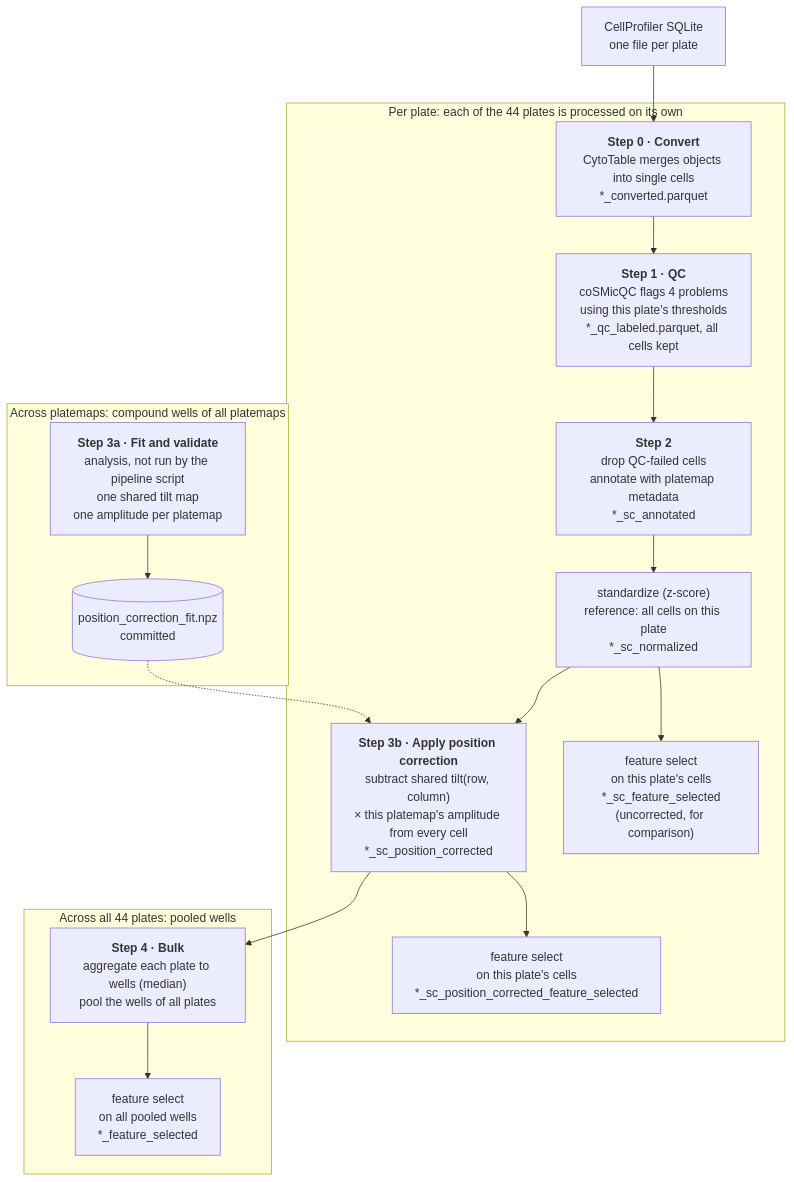
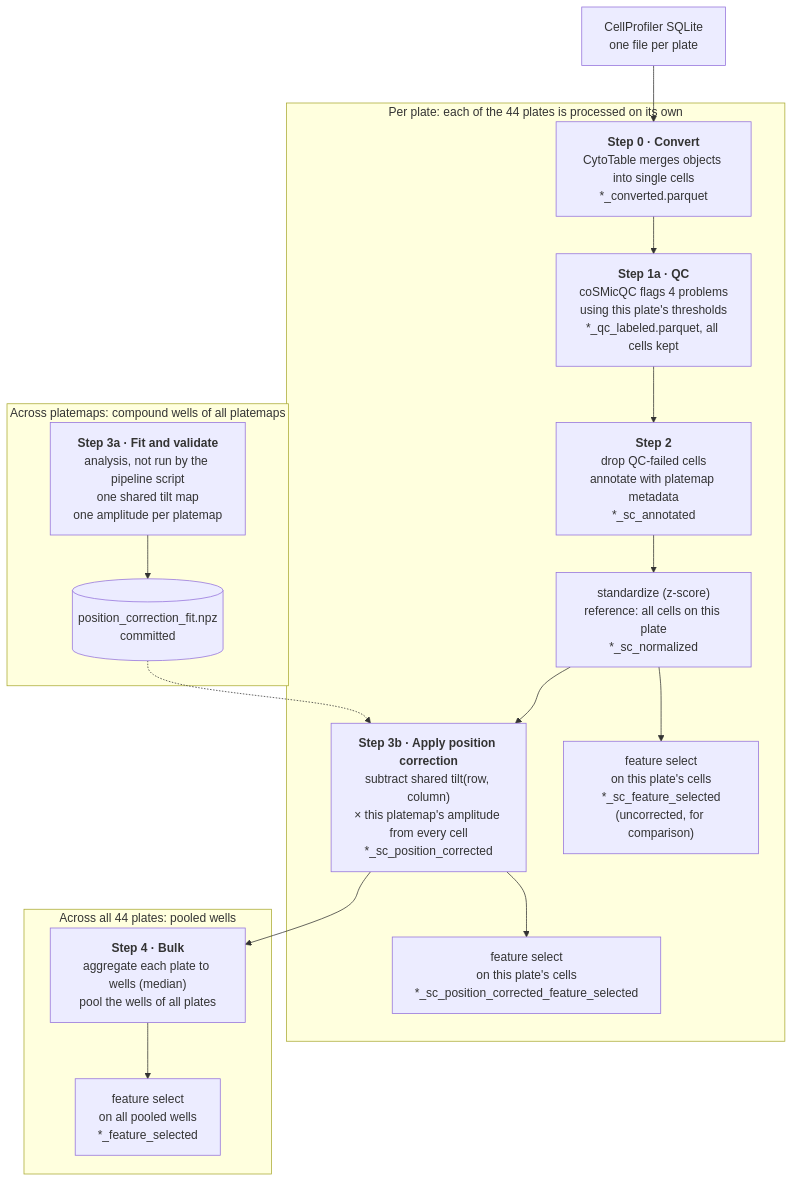
Before and after one commit to WayScience/targeted_fibrosis_drug_screen: the first of 3 diagrams in 4.image_based_profiling/README.md, drawn with Mermaid. The commit also changed other lines of this file and 2 other files, not shown here.

````diff
--- a/4.image_based_profiling/README.md
+++ b/4.image_based_profiling/README.md
@@ -7,20 +7,20 @@
 ```mermaid
 flowchart TD
     subgraph fitgrp["Across platemaps: compound wells of all platemaps"]
         S3a["<b>Step 3a · Fit and validate</b><br/>analysis, not run by the pipeline script<br/>one shared tilt map<br/>one amplitude per platemap"] --> FIT[("position_correction_fit.npz<br/>committed")]
     end
     A["CellProfiler SQLite<br/>one file per plate"] --> S0
     subgraph plate["Per plate: each of the 44 plates is processed on its own"]
         S0["<b>Step 0 · Convert</b><br/>CytoTable merges objects into single cells<br/>*_converted.parquet"] --> S1
-        S1["<b>Step 1 · QC</b><br/>coSMicQC flags 4 problems<br/>using this plate's thresholds<br/>*_qc_labeled.parquet, all cells kept"] --> S2a
+        S1["<b>Step 1a · QC</b><br/>coSMicQC flags 4 problems<br/>using this plate's thresholds<br/>*_qc_labeled.parquet, all cells kept"] --> S2a
         S2a["<b>Step 2</b><br/>drop QC-failed cells<br/>annotate with platemap metadata<br/>*_sc_annotated"] --> S2n
         S2n["standardize (z-score)<br/>reference: all cells on this plate<br/>*_sc_normalized"] --> S3b
         S2n --> S2f["feature select<br/>on this plate's cells<br/>*_sc_feature_selected<br/>(uncorrected, for comparison)"]
         S3b["<b>Step 3b · Apply position correction</b><br/>subtract shared tilt(row, column)<br/>× this platemap's amplitude from every cell<br/>*_sc_position_corrected"] --> S3f["feature select<br/>on this plate's cells<br/>*_sc_position_corrected_feature_selected"]
     end
     FIT -.-> S3b
     subgraph pooled["Across all 44 plates: pooled wells"]
         S4a["<b>Step 4 · Bulk</b><br/>aggregate each plate to wells (median)<br/>pool the wells of all plates"] --> S4b["feature select<br/>on all pooled wells<br/>*_feature_selected"]
     end
     S3b --> S4a
 ```
````
